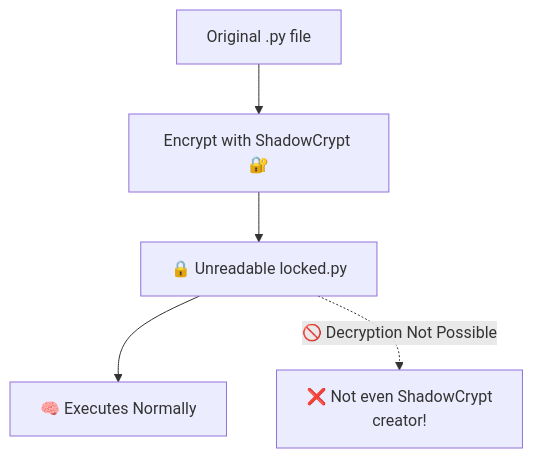
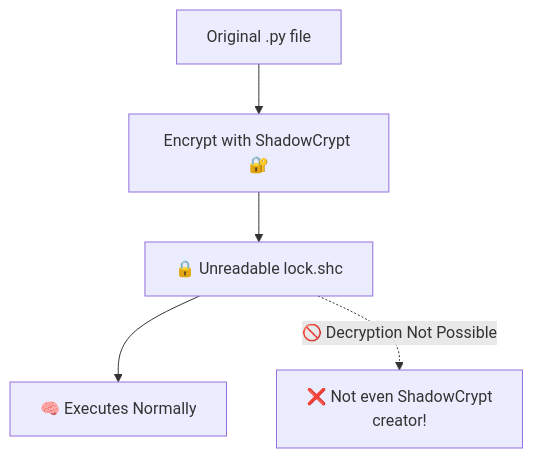
One commit to AFTeam-Owner/shadowcrypt changed the diagram in README.md. Above: the diagram before and after it, drawn with Mermaid. The commit also changed other lines of this file, not shown here.

````diff
--- a/README.md
+++ b/README.md
@@ -33,7 +33,7 @@
 ```mermaid
 graph TD
     A[Original .py file] --> B[Encrypt with ShadowCrypt 🔐]
-    B --> C[🔒 Unreadable locked.py]
+    B --> C[🔒 Unreadable lock.shc]
     C --> D[🧠 Executes Normally]
     C -. 🚫 Decryption Not Possible .-> X[❌ Not even ShadowCrypt<br>creator!]
 ```
````
